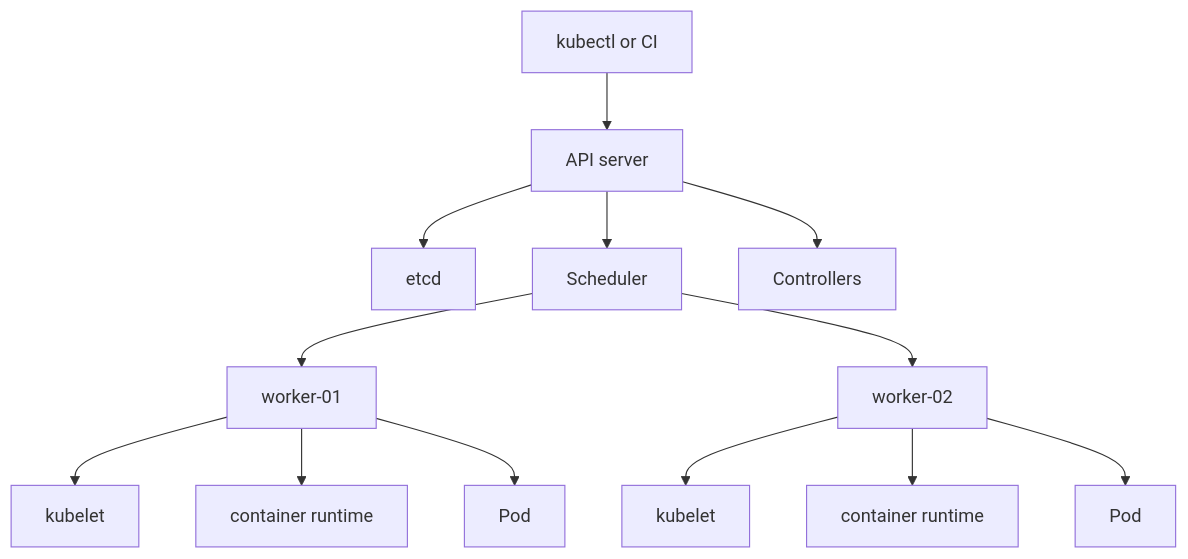
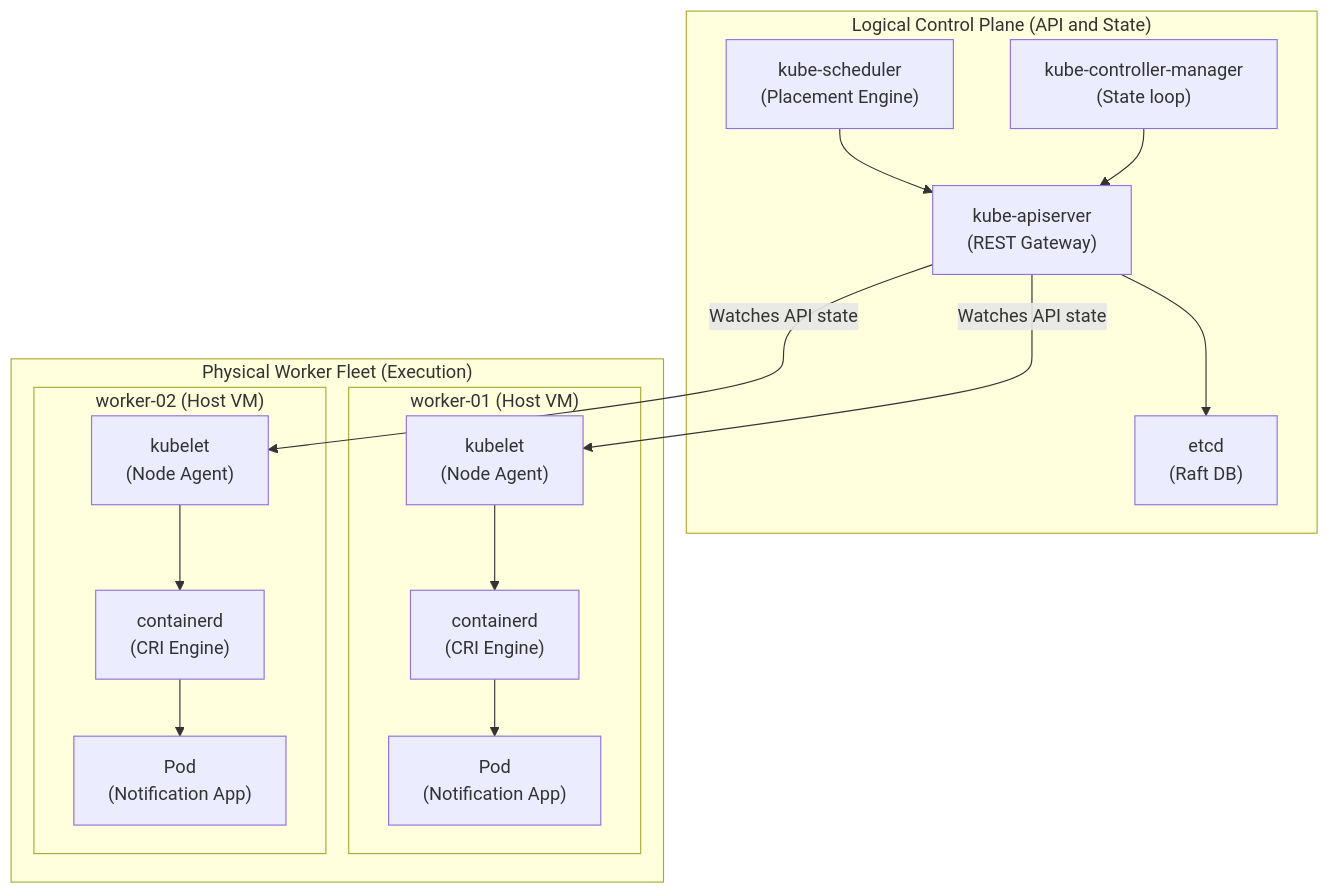
One commit to senlinyy/dev-roadmaps changed the diagram in containers-orchestration/kubernetes/fundamentals/control-plane-and-worker-nodes.md. Above: the diagram before and after it, drawn with Mermaid. The commit also changed other lines of this file and 343 other files, not shown here.

````diff
--- a/containers-orchestration/kubernetes/fundamentals/control-plane-and-worker-nodes.md
+++ b/containers-orchestration/kubernetes/fundamentals/control-plane-and-worker-nodes.md
@@ -38,15 +46,20 @@
 ```mermaid
 flowchart TD
-    A["kubectl or CI"] --> B["API server"]
-    B --> C["etcd"]
-    B --> D["Scheduler"]
-    B --> E["Controllers"]
-    D --> F["worker-01"]
-    D --> G["worker-02"]
-    F --> H["kubelet"]
-    F --> I["container runtime"]
-    F --> J["Pod"]
-    G --> K["kubelet"]
-    G --> L["container runtime"]
-    G --> M["Pod"]
+    subgraph ControlPlane["Logical Control Plane (API and State)"]
+        A["kube-apiserver<br/>(REST Gateway)"] --> B["etcd<br/>(Raft DB)"]
+        C["kube-scheduler<br/>(Placement Engine)"] --> A
+        D["kube-controller-manager<br/>(State loop)"] --> A
+    end
+    subgraph WorkerFleet["Physical Worker Fleet (Execution)"]
+        subgraph Node01["worker-01 (Host VM)"]
+            E["kubelet<br/>(Node Agent)"] --> H["containerd<br/>(CRI Engine)"]
+            H --> J["Pod<br/>(Notification App)"]
+        end
+        subgraph Node02["worker-02 (Host VM)"]
+            F["kubelet<br/>(Node Agent)"] --> I["containerd<br/>(CRI Engine)"]
+            I --> K["Pod<br/>(Notification App)"]
+        end
+    end
+    A --> |Watches API state| E
+    A --> |Watches API state| F
 ```
````
